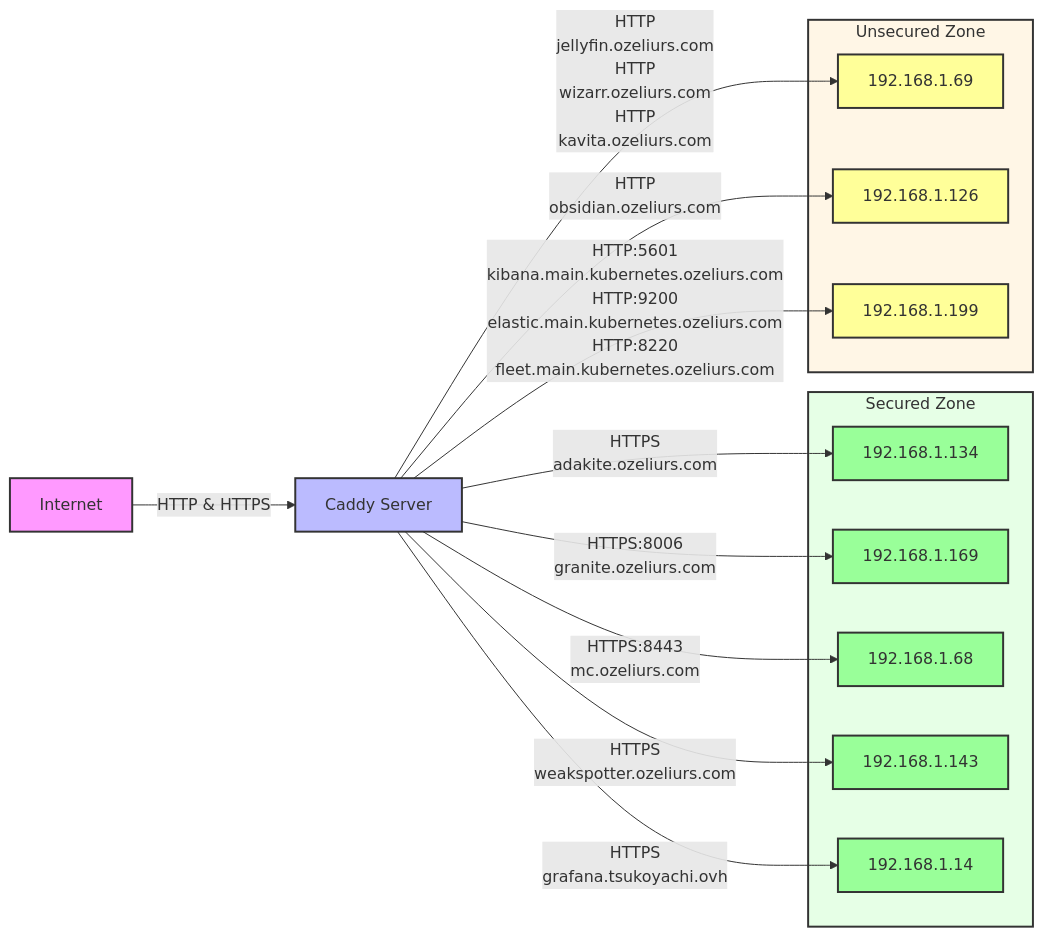
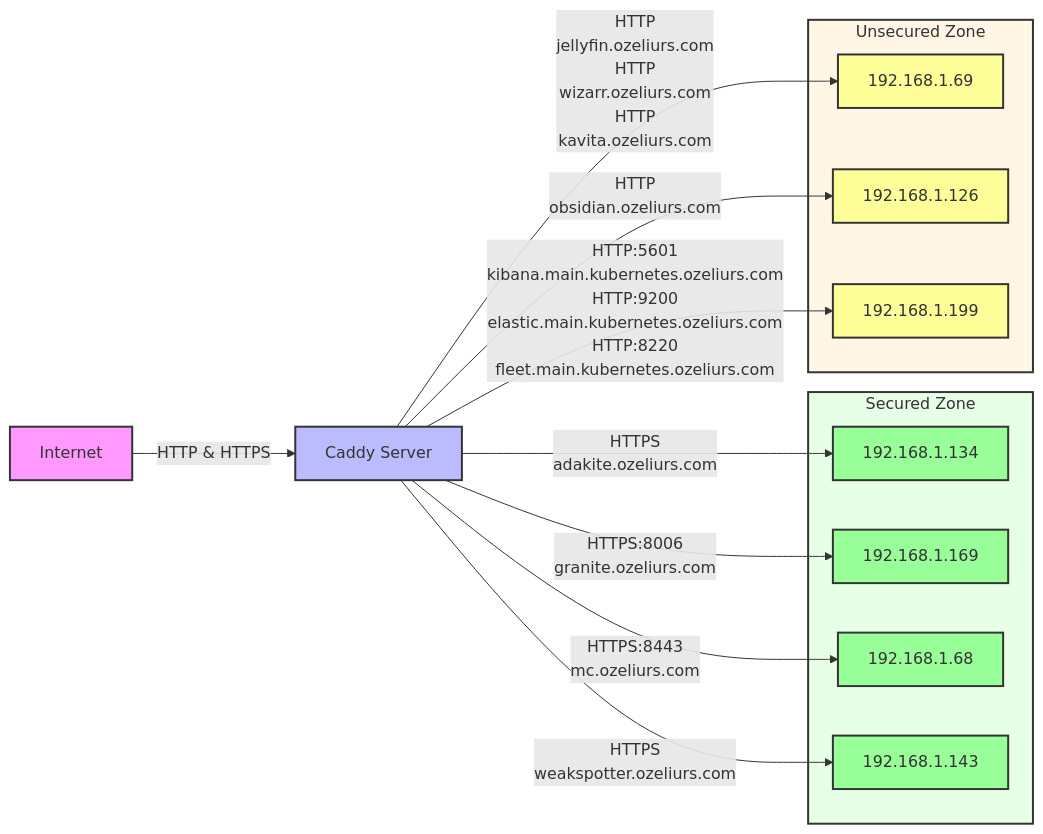
The diagram in README.md (ozeliurs/dc-reverse-proxy-config), drawn with Mermaid before and after one commit. The commit also changed 1 other file, not shown here.

Commit message:
Generate and update Caddyfile, Mermaid diagram, and Dockerfile

````diff
--- a/README.md
+++ b/README.md
@@ -34,54 +34,51 @@
 ```mermaid
 graph LR
     %% Style definitions
     classDef internet fill:#f9f,stroke:#333,stroke-width:2px;
     classDef proxy fill:#bbf,stroke:#333,stroke-width:2px;
     classDef backend fill:#bfb,stroke:#333,stroke-width:2px;
     classDef secure fill:#9f9,stroke:#333,stroke-width:2px;
     classDef unsecure fill:#ff9,stroke:#333,stroke-width:2px;
 
     %% Nodes
     I[Internet]
     C[Caddy Server]
 
     %% Apply styles
     class I internet
     class C proxy
 
     %% Base connections
     I -->|HTTP & HTTPS| C
 
     %% Backend groups
     subgraph Secured[Secured Zone]
         style Secured fill:#e6ffe6,stroke:#333,stroke-width:2px
         S0[192.168.1.134]
         class S0 secure
         S1[192.168.1.169]
         class S1 secure
         S2[192.168.1.68]
         class S2 secure
         S3[192.168.1.143]
         class S3 secure
-        S4[192.168.1.14]
-        class S4 secure
     end
 
     subgraph Unsecured[Unsecured Zone]
         style Unsecured fill:#fff6e6,stroke:#333,stroke-width:2px
         U0[192.168.1.69]
         class U0 unsecure
         U1[192.168.1.126]
         class U1 unsecure
         U2[192.168.1.199]
         class U2 unsecure
     end
 
     C -->|HTTPS<br>adakite.ozeliurs.com| S0
     C -->|HTTP<br>jellyfin.ozeliurs.com<br>HTTP<br>wizarr.ozeliurs.com<br>HTTP<br>kavita.ozeliurs.com| U0
     C -->|HTTPS:8006<br>granite.ozeliurs.com| S1
     C -->|HTTPS:8443<br>mc.ozeliurs.com| S2
     C -->|HTTP<br>obsidian.ozeliurs.com| U1
     C -->|HTTPS<br>weakspotter.ozeliurs.com| S3
     C -->|HTTP:5601<br>kibana.main.kubernetes.ozeliurs.com<br>HTTP:9200<br>elastic.main.kubernetes.ozeliurs.com<br>HTTP:8220<br>fleet.main.kubernetes.ozeliurs.com| U2
-    C -->|HTTPS<br>grafana.tsukoyachi.ovh| S4
 ```
````
